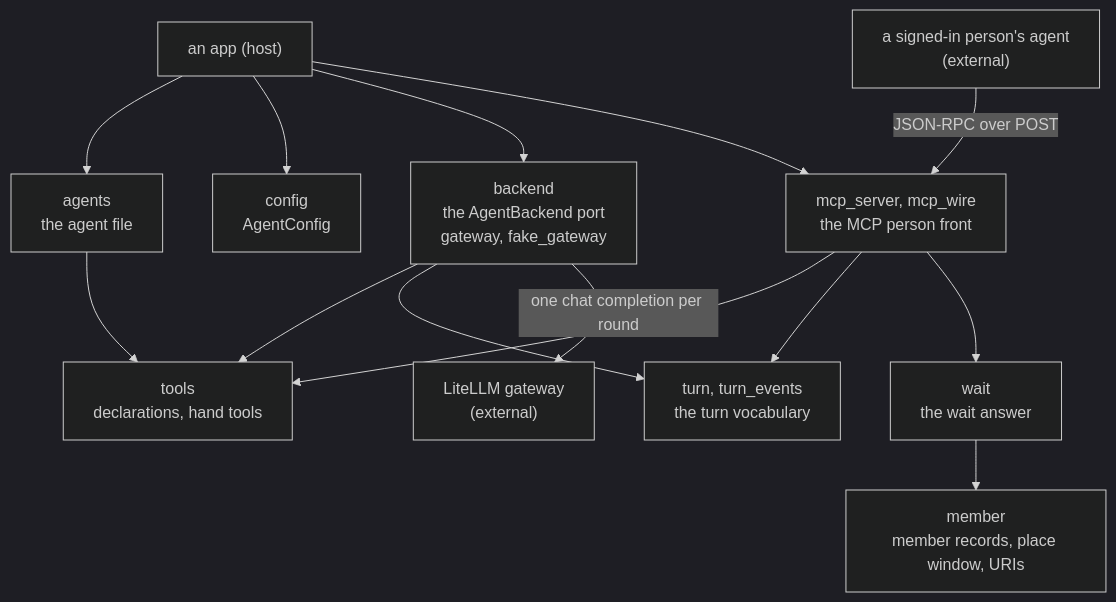
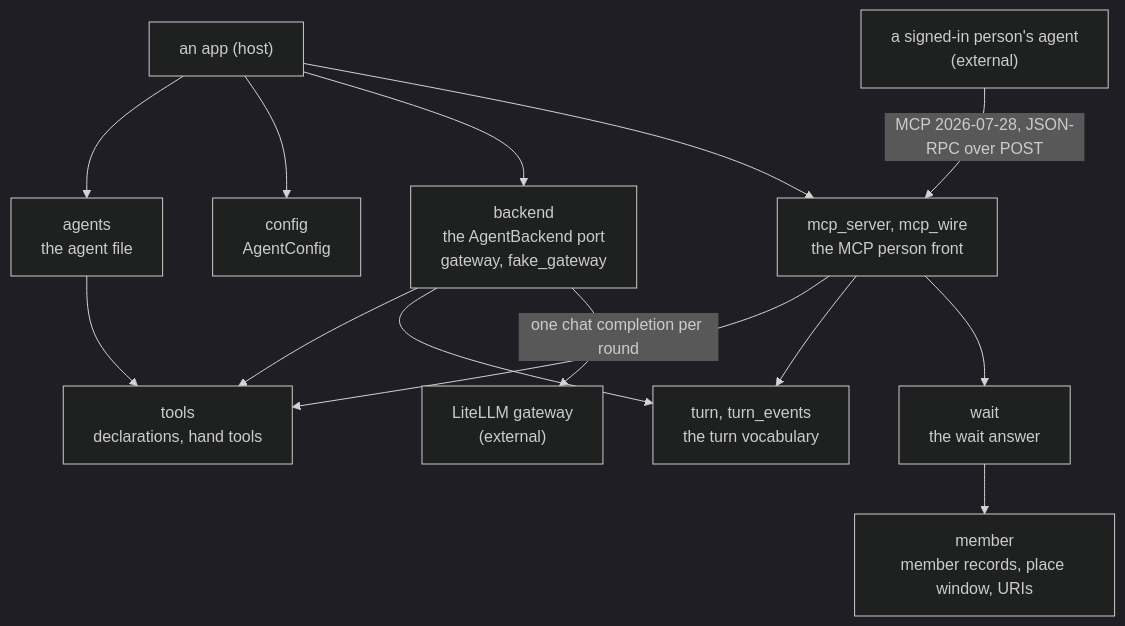
The first of 2 diagrams in docs/ARCHITECTURE.md (overnightworks/agent-runtime), drawn with Mermaid (dark theme) before and after one commit. The commit also changed other lines of this file and 16 other files, not shown here.

First line of the commit message:
Serve the person front on MCP revision 2026-07-28 through the official SDK (#780)

````diff
--- a/docs/ARCHITECTURE.md
+++ b/docs/ARCHITECTURE.md
@@ -14,28 +14,28 @@
 ```mermaid
 flowchart TB
     app["an app (host)"]
     agents["agents<br/>the agent file"]
     tools["tools<br/>declarations, hand tools"]
     config["config<br/>AgentConfig"]
     backend["backend<br/>the AgentBackend port<br/>gateway, fake_gateway"]
     turn["turn, turn_events<br/>the turn vocabulary"]
     mcp["mcp_server, mcp_wire<br/>the MCP person front"]
     wait["wait<br/>the wait answer"]
     member["member<br/>member records, place window, URIs"]
     wait --> member
     gateway["LiteLLM gateway<br/>(external)"]
     person["a signed-in person's agent<br/>(external)"]
 
     app --> agents
     app --> config
     app --> backend
     app --> mcp
     agents --> tools
     backend --> tools
     backend --> turn
     mcp --> tools
     mcp --> turn
     mcp --> wait
     backend -->|"one chat completion per round"| gateway
-    person -->|"JSON-RPC over POST"| mcp
+    person -->|"MCP 2026-07-28, JSON-RPC over POST"| mcp
 ```
````
